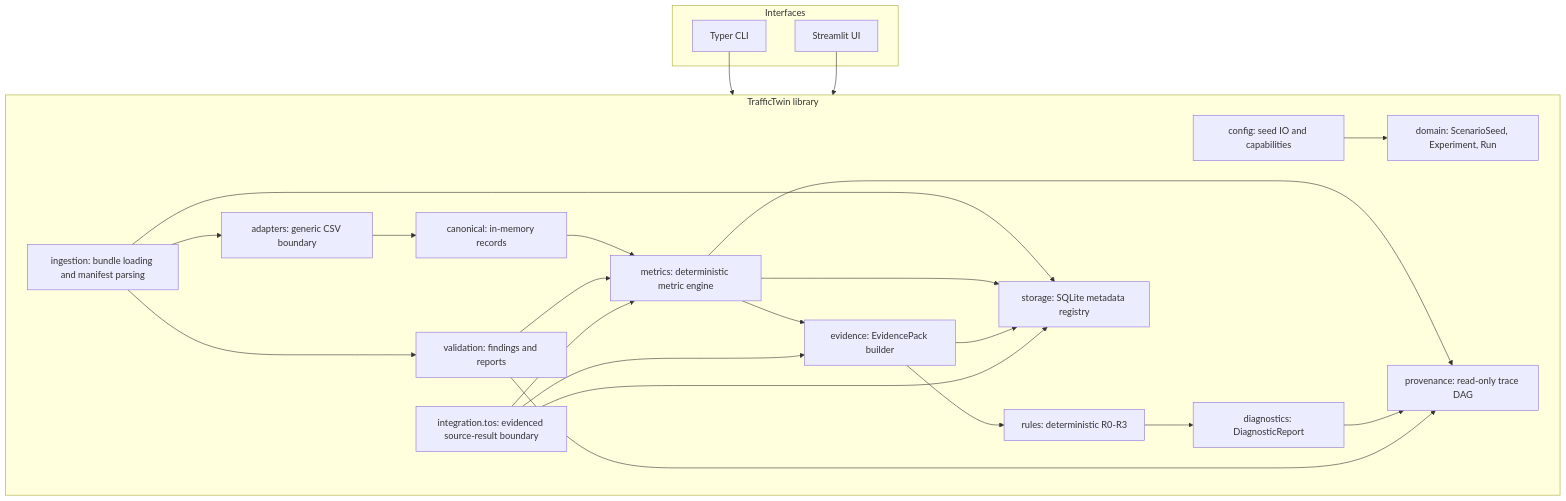
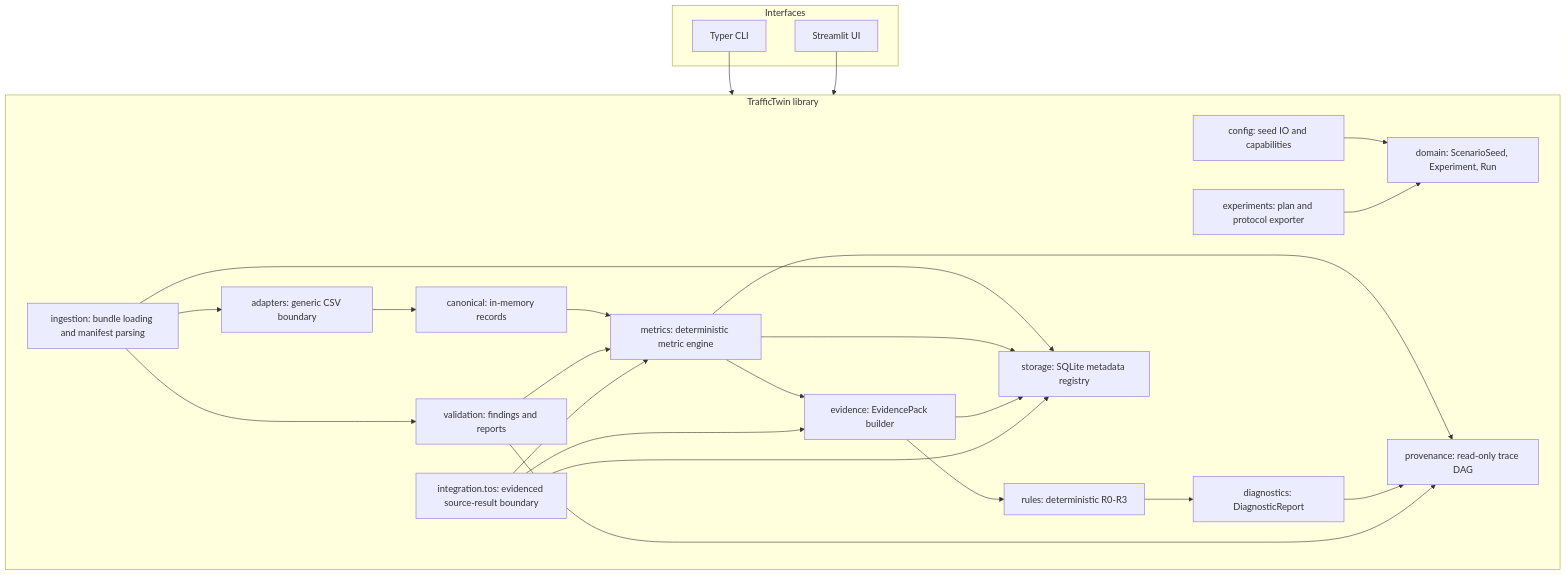
One commit to Abdulla4akash/traffictwin changed the first of 10 diagrams in docs/architecture.md. Above: the diagram before and after it, drawn with Mermaid. The commit also changed other lines of this file and 28 other files, not shown here.

Commit message:
feat(experiments): add deterministic protocol exports

````diff
--- a/docs/architecture.md
+++ b/docs/architecture.md
@@ -21,44 +21,46 @@
 ```mermaid
 flowchart TD
     subgraph Interfaces
         CLI[Typer CLI]
         UI[Streamlit UI]
     end
 
     subgraph CoreLibrary[TrafficTwin library]
         Config[config: seed IO and capabilities]
         Domain[domain: ScenarioSeed, Experiment, Run]
+        Protocol[experiments: plan and protocol exporter]
         Ingestion[ingestion: bundle loading and manifest parsing]
         Adapters[adapters: generic CSV boundary]
         Canonical[canonical: in-memory records]
         Validation[validation: findings and reports]
         Metrics[metrics: deterministic metric engine]
         Evidence[evidence: EvidencePack builder]
         Rules[rules: deterministic R0-R3]
         Diagnostics[diagnostics: DiagnosticReport]
         Provenance[provenance: read-only trace DAG]
         Storage[storage: SQLite metadata registry]
         TosIntegration[integration.tos: evidenced source-result boundary]
     end
 
     CLI --> CoreLibrary
     UI --> CoreLibrary
     Config --> Domain
+    Protocol --> Domain
     Ingestion --> Adapters
     Adapters --> Canonical
     Ingestion --> Validation
     Canonical --> Metrics
     Validation --> Metrics
     Metrics --> Evidence
     Evidence --> Rules
     Rules --> Diagnostics
     Metrics --> Provenance
     Diagnostics --> Provenance
     Validation --> Provenance
     Ingestion --> Storage
     Metrics --> Storage
     Evidence --> Storage
     TosIntegration --> Metrics
     TosIntegration --> Evidence
     TosIntegration --> Storage
 ```
````
